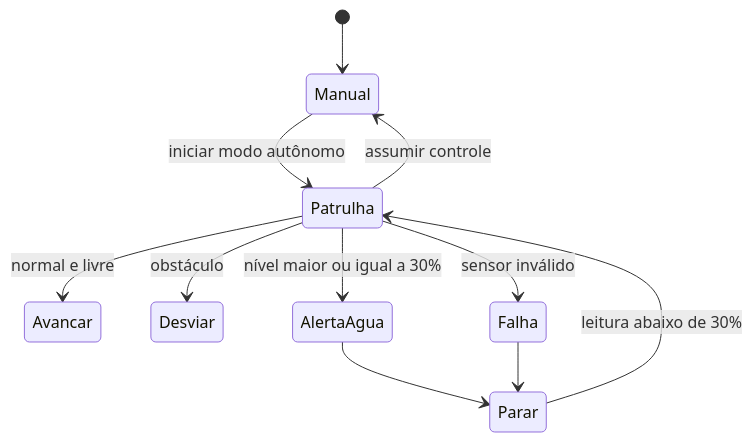
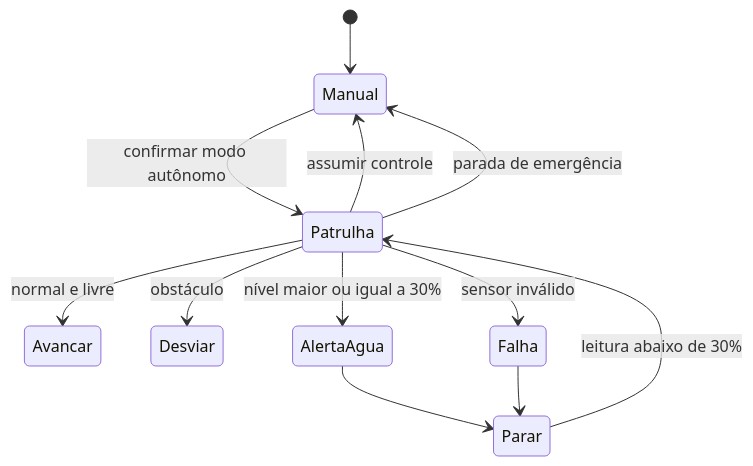
Before and after one commit to GabrielMachadoCP/ProjetoCarrinho: the diagram in docs/ARQUITETURA_DE_SOFTWARE.md, drawn with Mermaid. The commit also changed other lines of this file and 5 other files, not shown here.

Commit message:
fix: iniciar patrulha autonoma imediatamente

````diff
--- a/docs/ARQUITETURA_DE_SOFTWARE.md
+++ b/docs/ARQUITETURA_DE_SOFTWARE.md
@@ -18,13 +18,14 @@
 ```mermaid
 stateDiagram-v2
     [*] --> Manual
-    Manual --> Patrulha: iniciar modo autônomo
+    Manual --> Patrulha: confirmar modo autônomo
     Patrulha --> Avancar: normal e livre
     Patrulha --> Desviar: obstáculo
     Patrulha --> AlertaAgua: nível maior ou igual a 30%
     AlertaAgua --> Parar
     Parar --> Patrulha: leitura abaixo de 30%
     Patrulha --> Falha: sensor inválido
     Falha --> Parar
     Patrulha --> Manual: assumir controle
+    Patrulha --> Manual: parada de emergência
 ```
````
